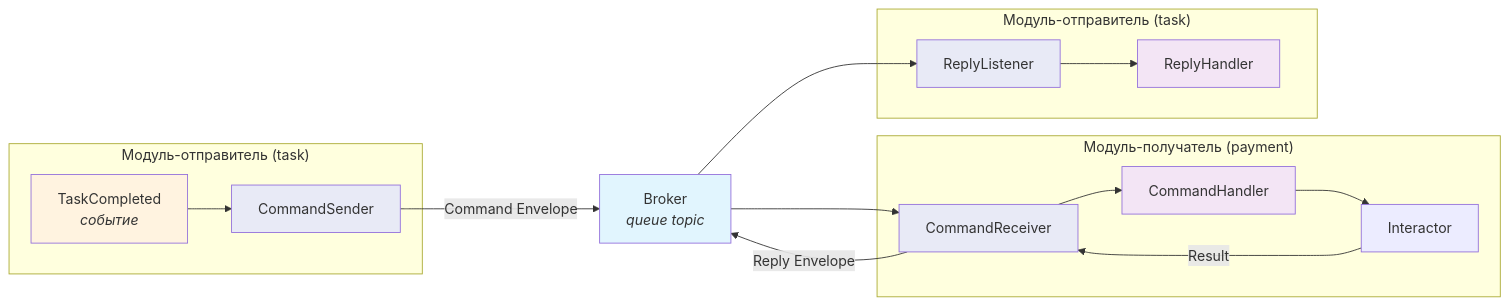
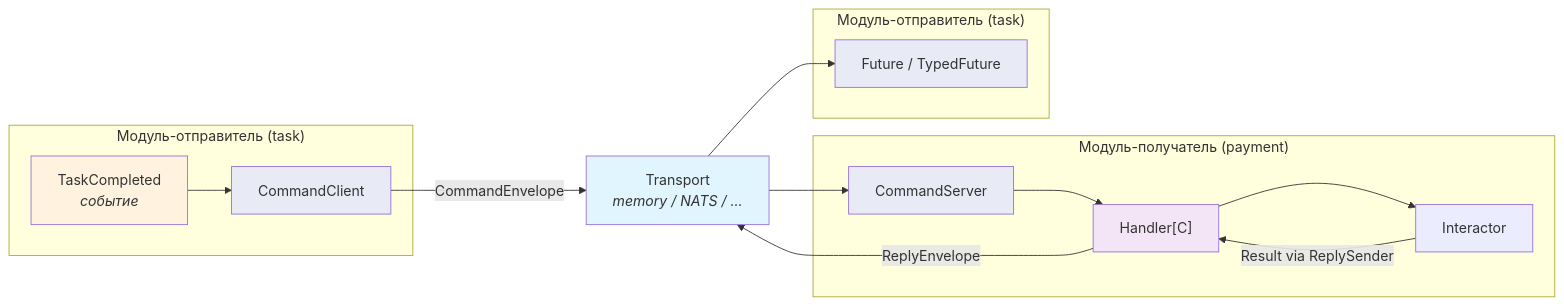
Before and after one commit to shuldan/skeleton: the fourth of 14 diagrams in README.md, drawn with Mermaid. The commit also changed other lines of this file and 16 other files, not shown here.

````diff
--- a/README.md
+++ b/README.md
@@ -241,38 +232,35 @@
 ```mermaid
 graph LR
     subgraph "Модуль-отправитель (task)"
         EVT["TaskCompleted<br/><i>событие</i>"]
-        CS["CommandSender"]
+        CL["CommandClient"]
     end
     
-    EVT --> CS
-    CS -->|"Command Envelope"| BRK["Broker<br/><i>queue topic</i>"]
+    EVT --> CL
+    CL -->|"CommandEnvelope"| TR["Transport<br/><i>memory / NATS / ...</i>"]
     
     subgraph "Модуль-получатель (payment)"
-        CR["CommandReceiver"]
-        CH["CommandHandler"]
+        SRV["CommandServer"]
+        CH["Handler[C]"]
         INTER["Interactor"]
     end
     
-    BRK --> CR
-    CR --> CH
+    TR --> SRV
+    SRV --> CH
     CH --> INTER
-    INTER -->|"Result"| CR
-    CR -->|"Reply Envelope"| BRK
+    INTER -->|"Result via ReplySender"| CH
+    CH -->|"ReplyEnvelope"| TR
     
     subgraph "Модуль-отправитель (task)"
-        RL["ReplyListener"]
-        RH["ReplyHandler"]
+        FUT["Future / TypedFuture"]
     end
     
-    BRK --> RL
-    RL --> RH
+    TR --> FUT
 
     style EVT fill:#fff3e0
-    style CS fill:#e8eaf6
-    style BRK fill:#e1f5fe
-    style CR fill:#e8eaf6
+    style CL fill:#e8eaf6
+    style TR fill:#e1f5fe
+    style SRV fill:#e8eaf6
     style CH fill:#f3e5f5
-    style RL fill:#e8eaf6
-    style RH fill:#f3e5f5
+    style FUT fill:#e8eaf6
 ```
````
